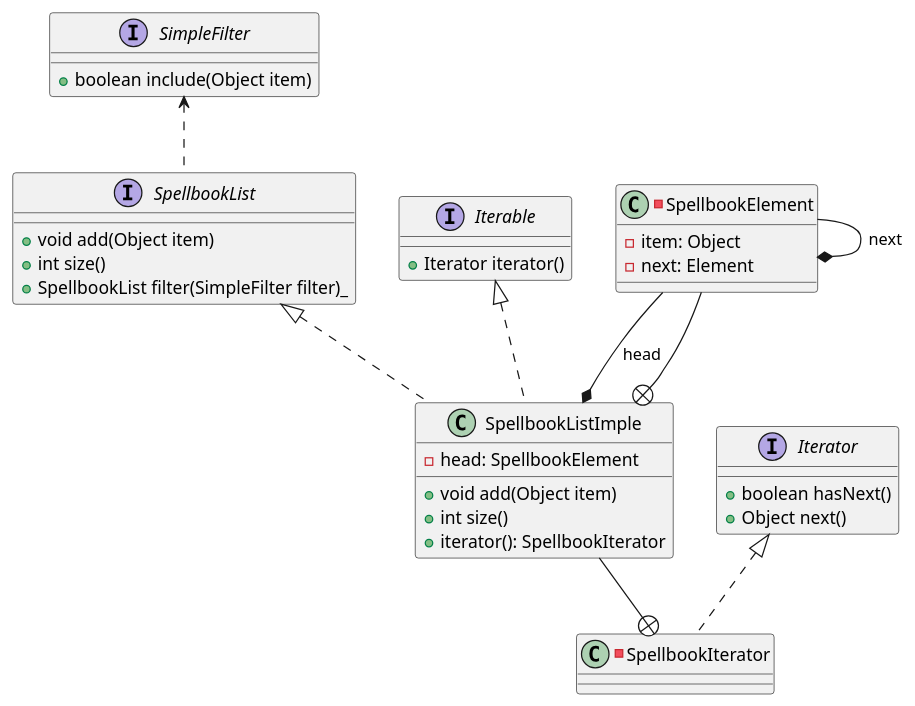
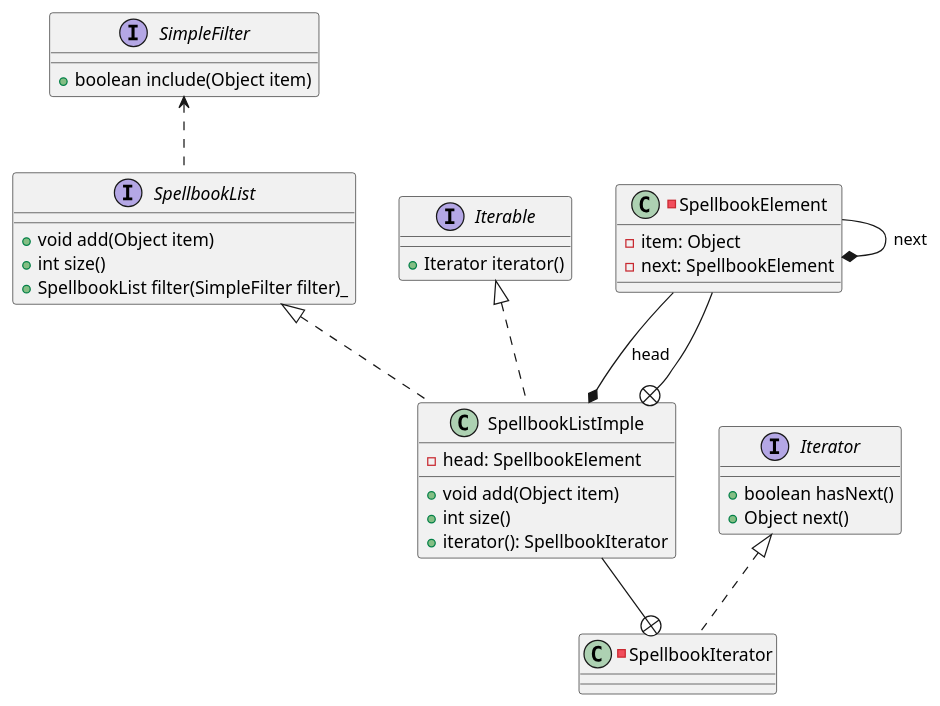
One commit to dustin2023/HarryPotter changed the diagram in assets/class-spec.plantuml. Above: the diagram before and after it, drawn with PlantUML. The commit also changed 7 other files, not shown here.

```diff
--- a/assets/class-spec.plantuml
+++ b/assets/class-spec.plantuml
@@ -1,43 +1,43 @@
 @startuml
 interface SimpleFilter {
 	+boolean include(Object item)
 }
 
 interface Iterable {
 	+Iterator iterator()
 }
 
 interface Iterator {
 	+boolean hasNext()
     +Object next()
 }
 
 
 interface SpellbookList {
     +void add(Object item)
     +int size()
     +SpellbookList filter(SimpleFilter filter)_
 }
 
 class SpellbookListImple implements SpellbookList, Iterable {
     - head: SpellbookElement
 
     +void add(Object item)
     +int size()
     +iterator(): SpellbookIterator
 }
 
 -class SpellbookIterator implements Iterator {
 }
 
 -class SpellbookElement {
 	-item: Object
-    -next: Element
+    -next: SpellbookElement
 }
 
 SpellbookElement --* SpellbookListImple : head
 SpellbookElement --* SpellbookElement : next
 SpellbookElement --+ SpellbookListImple
 SimpleFilter <.. SpellbookList
 SpellbookListImple --+ SpellbookIterator
 @enduml
```
